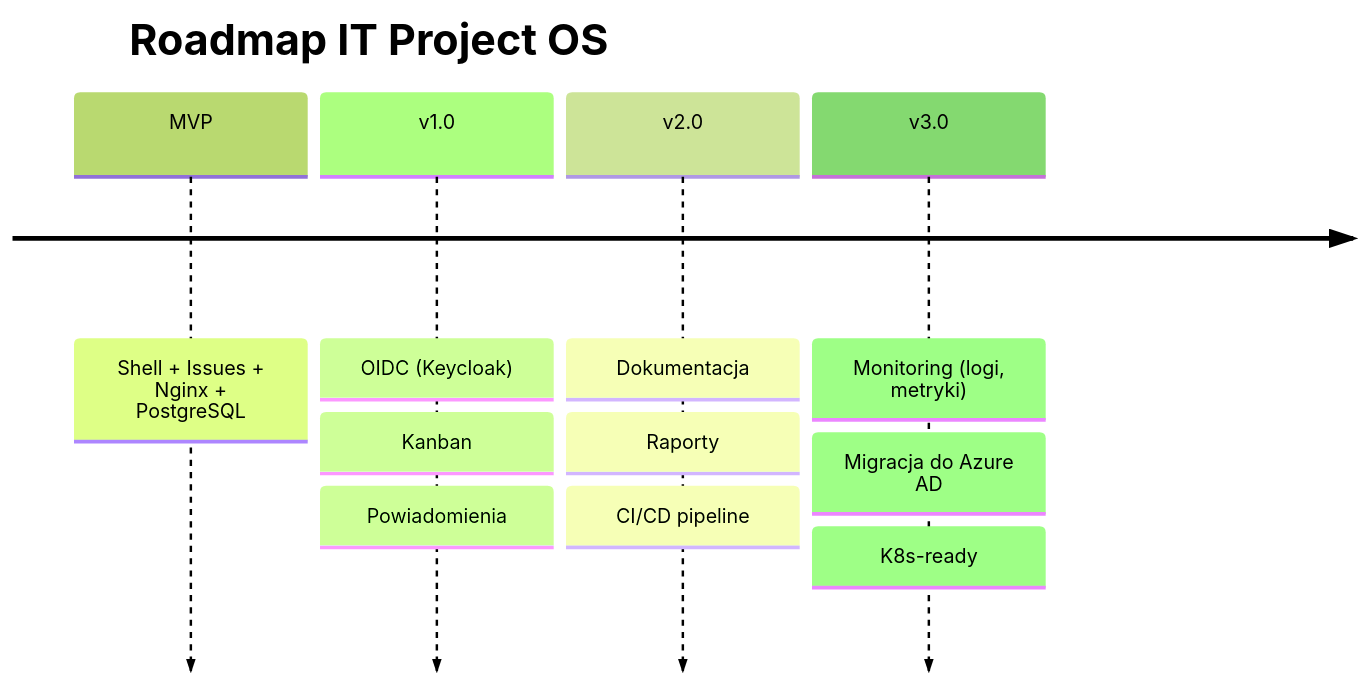
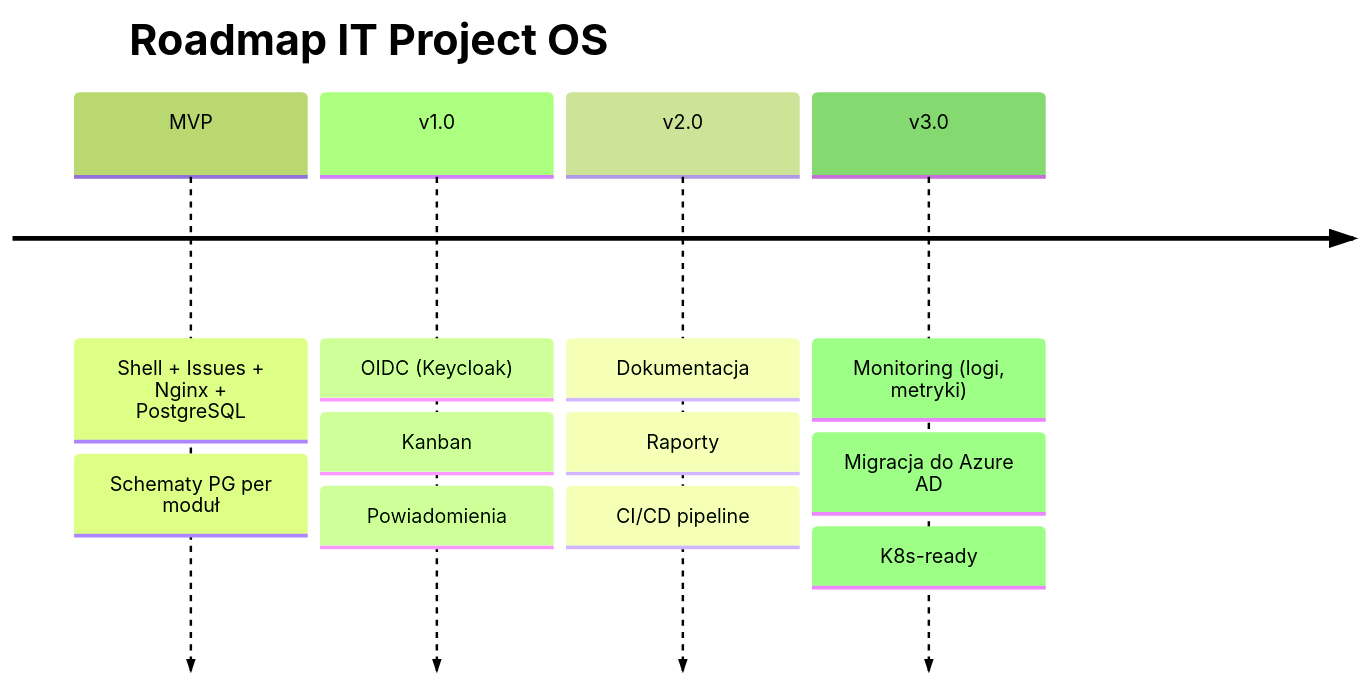
One commit to robmoteka/PROJEKTY changed the fifth of 5 diagrams in README.md. Above: the diagram before and after it, drawn with Mermaid (forest theme). The commit also changed other lines of this file and 53 other files, not shown here.

````diff
--- a/README.md
+++ b/README.md
@@ -161,8 +162,8 @@
 ```mermaid
 timeline
     title Roadmap IT Project OS
-    MVP : Shell + Issues + Nginx + PostgreSQL
+    MVP : Shell + Issues + Nginx + PostgreSQL : Schematy PG per moduł
     v1.0 : OIDC (Keycloak) : Kanban : Powiadomienia
     v2.0 : Dokumentacja : Raporty : CI/CD pipeline
     v3.0 : Monitoring (logi, metryki) : Migracja do Azure AD : K8s-ready
 ```
````
